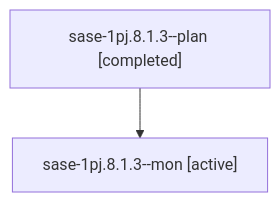
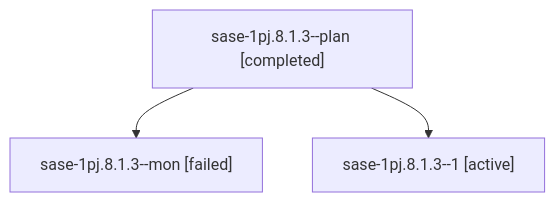
Before and after one commit to sase-org/sase--agents: the diagram in sessions/bbugyi200.athena.sase-1pj.8.1.3.md, drawn with Mermaid. The commit also changed other lines of this file and 203 other files, not shown here.

````diff
--- a/sessions/bbugyi200.athena.sase-1pj.8.1.3.md
+++ b/sessions/bbugyi200.athena.sase-1pj.8.1.3.md
@@ -9,6 +9,8 @@
 ```mermaid
 flowchart TD
   n0["sase-1pj.8.1.3--plan [completed]"]
-  n1["sase-1pj.8.1.3--mon [active]"]
+  n1["sase-1pj.8.1.3--mon [failed]"]
   n0 --> n1
+  n2["sase-1pj.8.1.3--1 [active]"]
+  n0 --> n2
 ```
````
